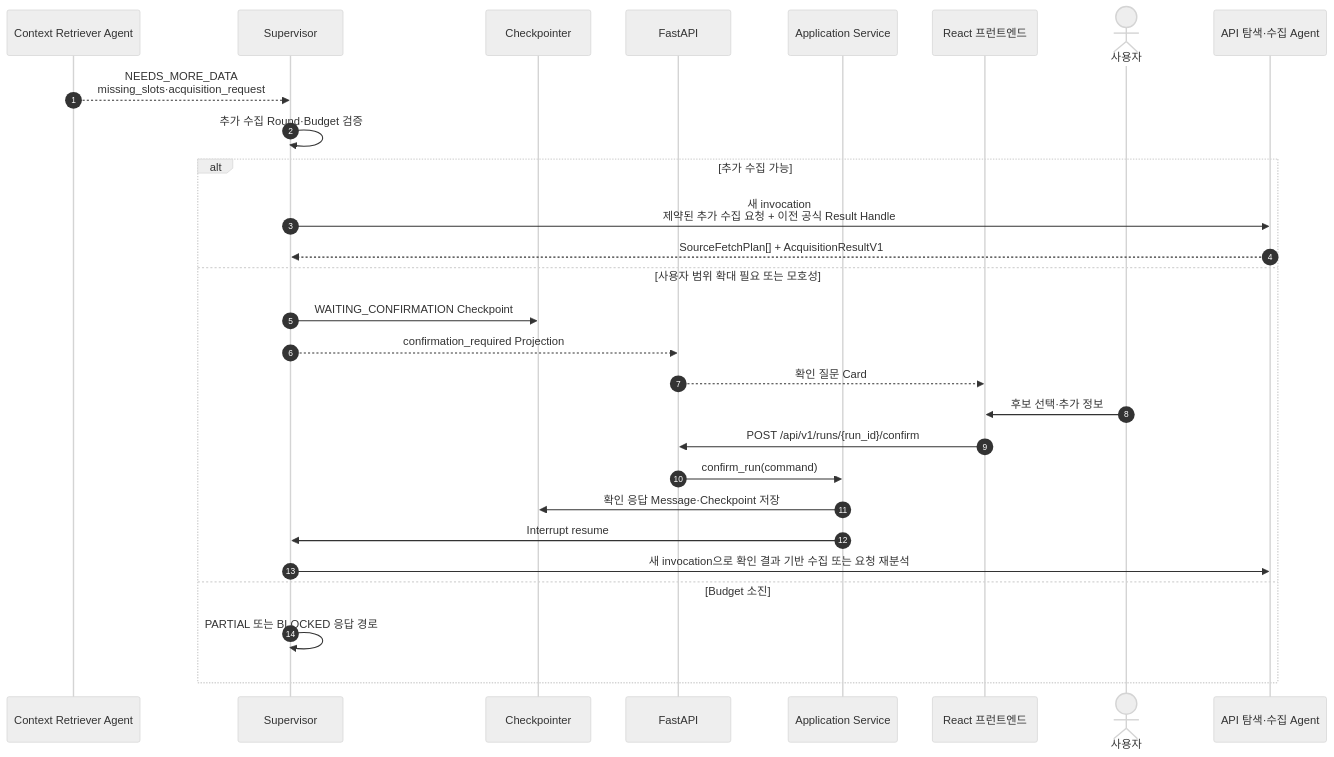
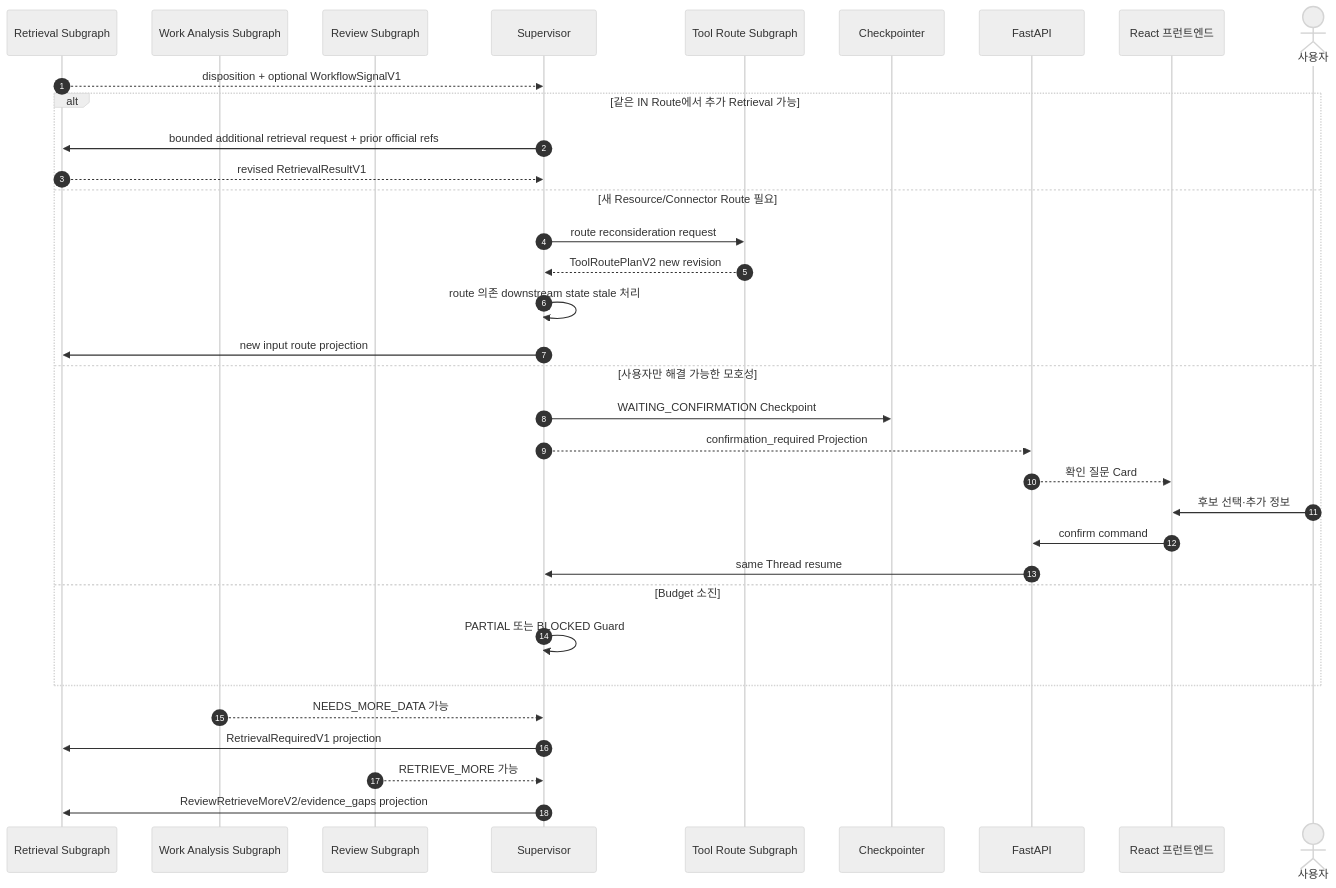
The sixth of 20 diagrams in docs/08-sequence-design.md (solar-ai-dev/google-work-agent), drawn with Mermaid (neutral theme) before and after one commit. The commit also changed other lines of this file and 22 other files, not shown here.

````diff
--- a/docs/08-sequence-design.md
+++ b/docs/08-sequence-design.md
@@ -286,31 +363,38 @@
 ```mermaid
 sequenceDiagram
     autonumber
-    participant RET as Context Retriever Agent
+    participant RET as Retrieval Subgraph
+    participant ANA as Work Analysis Subgraph
+    participant REV as Review Subgraph
     participant SUP as Supervisor
+    participant ROUTE as Tool Route Subgraph
     participant DB as Checkpointer
     participant API as FastAPI
-    participant APP as Application Service
     participant FE as React 프런트엔드
     actor U as 사용자
-    participant ACQ as API 탐색·수집 Agent
 
-    RET-->>SUP: NEEDS_MORE_DATA<br>missing_slots·acquisition_request
-    SUP->>SUP: 추가 수집 Round·Budget 검증
-    alt 추가 수집 가능
-        SUP->>ACQ: 새 invocation<br>제약된 추가 수집 요청 + 이전 공식 Result Handle
-        ACQ-->>SUP: SourceFetchPlan[] + AcquisitionResultV1
-    else 사용자 범위 확대 필요 또는 모호성
+    RET-->>SUP: disposition + optional WorkflowSignalV1
+    alt 같은 IN Route에서 추가 Retrieval 가능
+        SUP->>RET: bounded additional retrieval request + prior official refs
+        RET-->>SUP: revised RetrievalResultV1
+    else 새 Resource/Connector Route 필요
+        SUP->>ROUTE: route reconsideration request
+        ROUTE-->>SUP: ToolRoutePlanV2 new revision
+        SUP->>SUP: route 의존 downstream state stale 처리
+        SUP->>RET: new input route projection
+    else 사용자만 해결 가능한 모호성
         SUP->>DB: WAITING_CONFIRMATION Checkpoint
         SUP-->>API: confirmation_required Projection
         API-->>FE: 확인 질문 Card
         U->>FE: 후보 선택·추가 정보
-        FE->>API: POST /api/v1/runs/{run_id}/confirm
-        API->>APP: confirm_run(command)
-        APP->>DB: 확인 응답 Message·Checkpoint 저장
-        APP->>SUP: Interrupt resume
-        SUP->>ACQ: 새 invocation으로 확인 결과 기반 수집 또는 요청 재분석
+        FE->>API: confirm command
+        API->>SUP: same Thread resume
     else Budget 소진
-        SUP->>SUP: PARTIAL 또는 BLOCKED 응답 경로
+        SUP->>SUP: PARTIAL 또는 BLOCKED Guard
     end
+
+    ANA-->>SUP: NEEDS_MORE_DATA 가능
+    SUP->>RET: RetrievalRequiredV1 projection
+    REV-->>SUP: RETRIEVE_MORE 가능
+    SUP->>RET: ReviewRetrieveMoreV2/evidence_gaps projection
 ```
````
